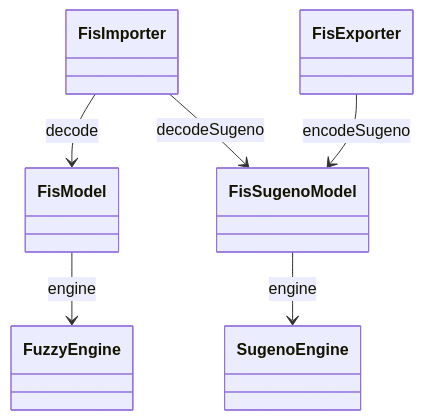
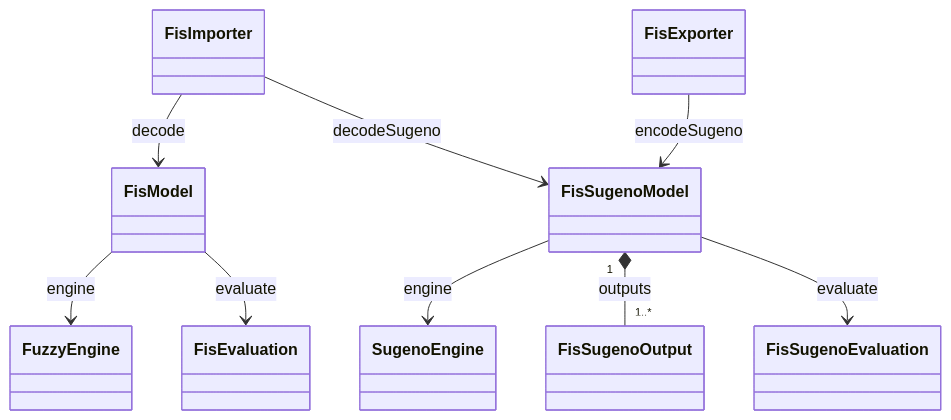
The diagram in doc/fis.en.md (kleberandrade/fuzzy-engine), drawn with Mermaid before and after one commit. The commit also changed other lines of this file and 29 other files, not shown here.

Commit message:
feat(fis): support multiple outputs and climate visualization

````diff
--- a/doc/fis.en.md
+++ b/doc/fis.en.md
@@ -122,8 +153,11 @@
 ```mermaid
 classDiagram
   FisImporter --> FisModel : decode
   FisImporter --> FisSugenoModel : decodeSugeno
   FisModel --> FuzzyEngine : engine
   FisSugenoModel --> SugenoEngine : engine
+  FisSugenoModel "1" *-- "1..*" FisSugenoOutput : outputs
+  FisModel --> FisEvaluation : evaluate
+  FisSugenoModel --> FisSugenoEvaluation : evaluate
   FisExporter --> FisSugenoModel : encodeSugeno
 ```
````
